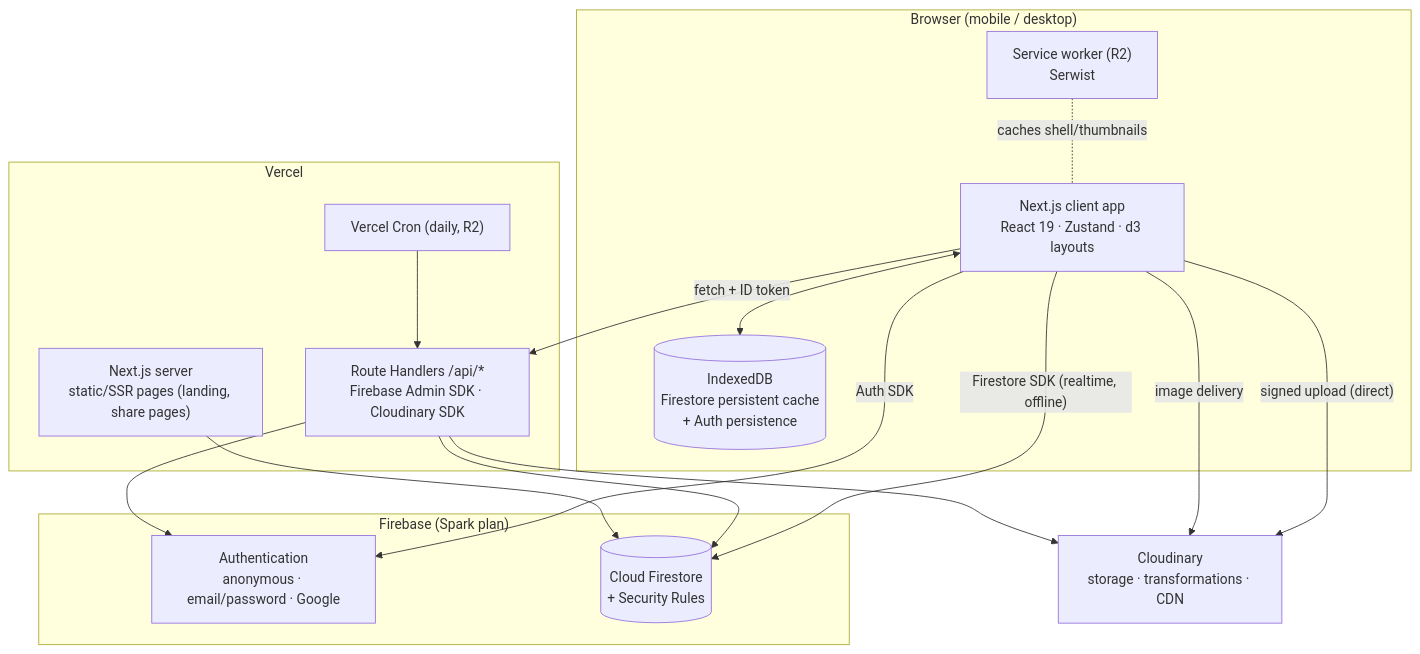
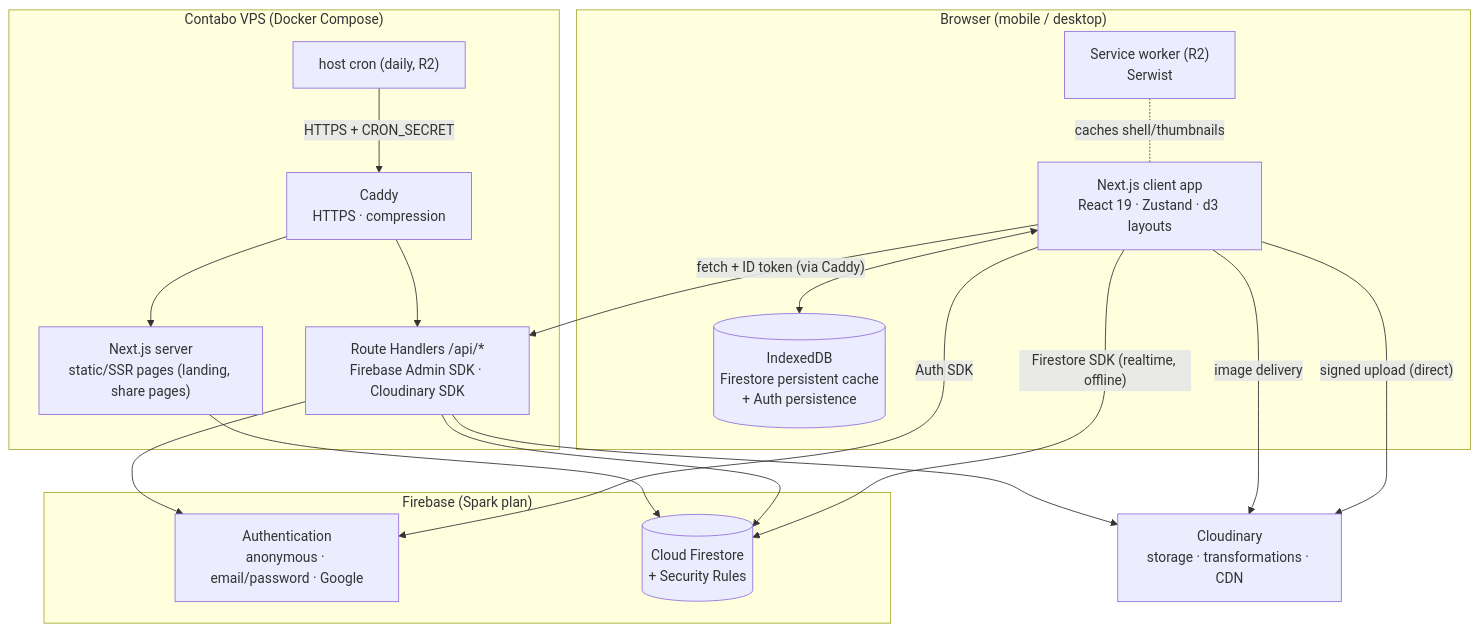
One commit to redwanhasan980/Family-Tree changed the first of 8 diagrams in docs/DESIGN.md. Above: the diagram before and after it, drawn with Mermaid. The commit also changed other lines of this file and 8 other files, not shown here.

First line of the commit message:
docs: switch hosting from Vercel to the owner's Contabo VPS

````diff
--- a/docs/DESIGN.md
+++ b/docs/DESIGN.md
@@ -67,34 +67,37 @@
 ```mermaid
 flowchart TB
     subgraph Browser["Browser (mobile / desktop)"]
         UI["Next.js client app<br/>React 19 · Zustand · d3 layouts"]
         SW["Service worker (R2)<br/>Serwist"]
         IDB[("IndexedDB<br/>Firestore persistent cache<br/>+ Auth persistence")]
         UI <--> IDB
         SW -. caches shell/thumbnails .- UI
     end
 
-    subgraph Vercel["Vercel"]
+    subgraph VPS["Contabo VPS (Docker Compose)"]
+        CADDY["Caddy<br/>HTTPS · compression"]
         PAGES["Next.js server<br/>static/SSR pages (landing, share pages)"]
         API["Route Handlers /api/*<br/>Firebase Admin SDK · Cloudinary SDK"]
-        CRON["Vercel Cron (daily, R2)"]
+        CRON["host cron (daily, R2)"]
+        CADDY --> PAGES
+        CADDY --> API
     end
 
     subgraph Firebase["Firebase (Spark plan)"]
         AUTH["Authentication<br/>anonymous · email/password · Google"]
         FS[("Cloud Firestore<br/>+ Security Rules")]
     end
 
     CLD["Cloudinary<br/>storage · transformations · CDN"]
 
     UI -- "Auth SDK" --> AUTH
     UI -- "Firestore SDK (realtime, offline)" --> FS
-    UI -- "fetch + ID token" --> API
+    UI -- "fetch + ID token (via Caddy)" --> API
     UI -- "signed upload (direct)" --> CLD
     UI -- "image delivery" --> CLD
     API --> AUTH
     API --> FS
     API --> CLD
-    CRON --> API
+    CRON -- "HTTPS + CRON_SECRET" --> CADDY
     PAGES --> FS
 ```
````
